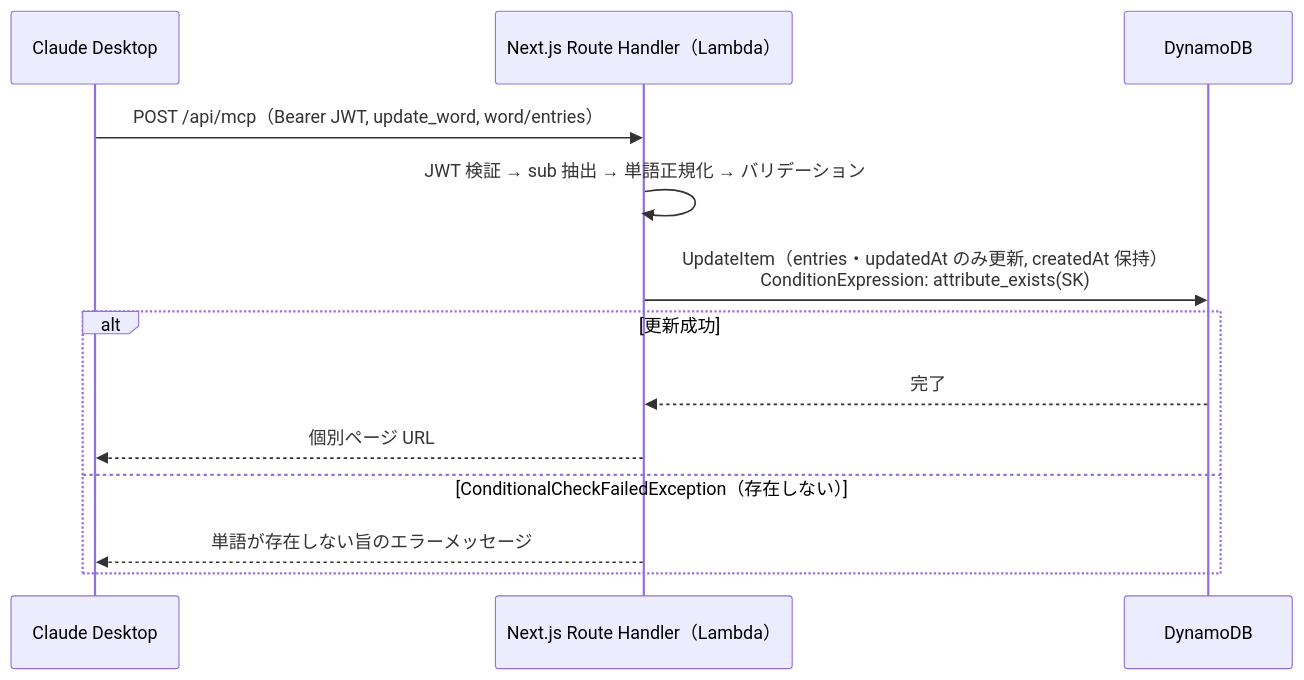
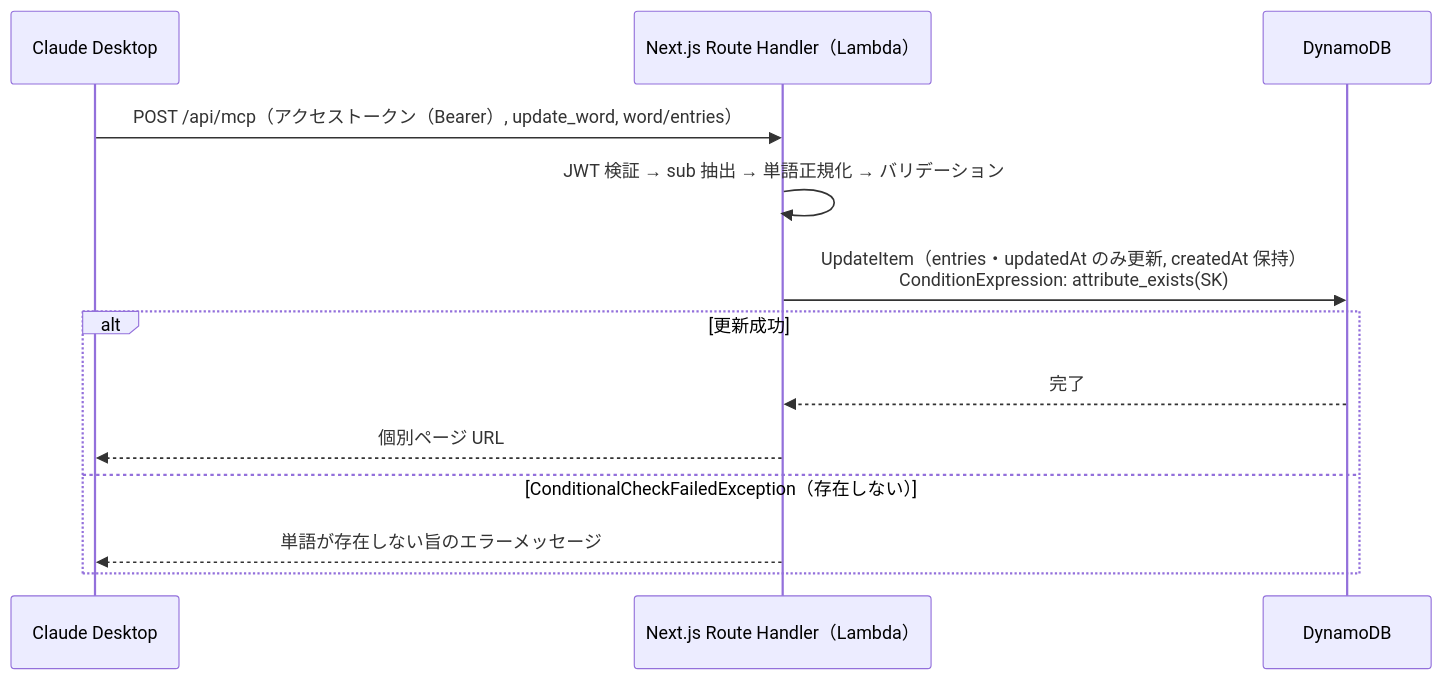
The fourth of 5 diagrams in docs/spec/002_functional-design.md (ANTON072/AI-Wordbook), drawn with Mermaid before and after one commit. The commit also changed other lines of this file and 5 other files, not shown here.

Commit message:
feat: Update documentation for product requirements, functional design, architecture, repository structure, development guidelines, and glossary to enhance clarity and consistency

````diff
--- a/docs/spec/002_functional-design.md
+++ b/docs/spec/002_functional-design.md
@@ -158,16 +158,16 @@
 ```mermaid
 sequenceDiagram
   participant CD as Claude Desktop
   participant NEXT as Next.js Route Handler（Lambda）
   participant DDB as DynamoDB
 
-  CD->>NEXT: POST /api/mcp（Bearer JWT, update_word, word/entries）
+  CD->>NEXT: POST /api/mcp（アクセストークン（Bearer）, update_word, word/entries）
   NEXT->>NEXT: JWT 検証 → sub 抽出 → 単語正規化 → バリデーション
   NEXT->>DDB: UpdateItem（entries・updatedAt のみ更新, createdAt 保持）<br/>ConditionExpression: attribute_exists(SK)
   alt 更新成功
     DDB-->>NEXT: 完了
     NEXT-->>CD: 個別ページ URL
   else ConditionalCheckFailedException（存在しない）
     NEXT-->>CD: 単語が存在しない旨のエラーメッセージ
   end
 ```
````
